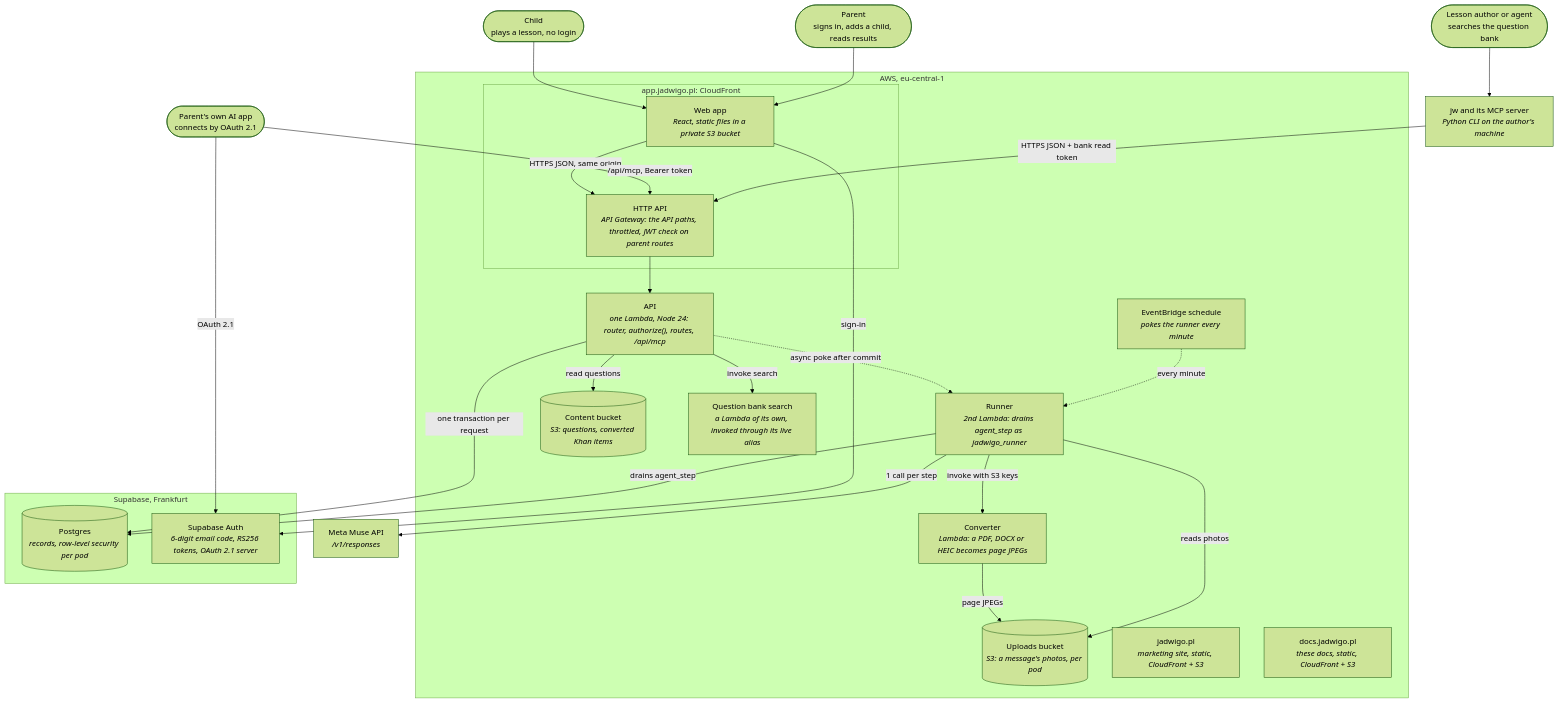
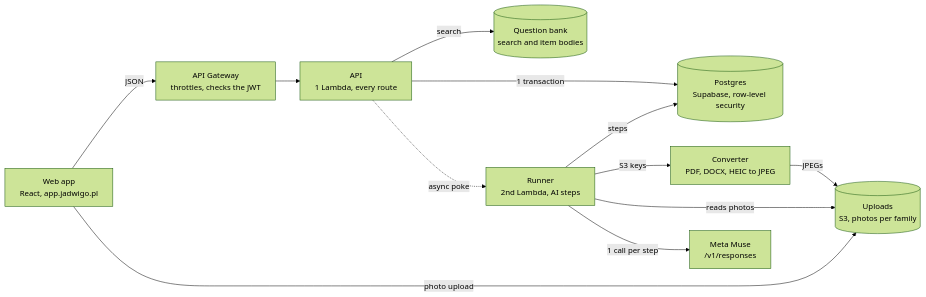
Before and after one commit to vasyl-stanislavchuk/jadwigo-hackathon: the diagram in apps/docs/src/lib/diagrams/containers.mmd, drawn with Mermaid (forest theme). The commit also changed 69 other files, not shown here.

First line of the commit message:
dl-5ssh.90.53.20: architecture as a C4 ladder, every diagram redrawn in Medallion (#946)

```diff
--- a/apps/docs/src/lib/diagrams/containers.mmd
+++ b/apps/docs/src/lib/diagrams/containers.mmd
@@ -1,49 +1,21 @@
-flowchart TB
-  child(["Child<br/>plays a lesson, no login"])
-  parent(["Parent<br/>signs in, adds a child, reads results"])
-  aiapp(["Parent's own AI app<br/>connects by OAuth 2.1"])
-  agent(["Lesson author or agent<br/>searches the question bank"])
-
-  subgraph aws ["AWS, eu-central-1"]
-    subgraph appHost ["app.jadwigo.pl: CloudFront"]
-      web["Web app<br/><i>React, static files in a private S3 bucket</i>"]
-      gateway["HTTP API<br/><i>API Gateway: the API paths, throttled, JWT check on parent routes</i>"]
-    end
-    api["API<br/><i>one Lambda, Node 24: router, authorize(), routes, /api/mcp</i>"]
-    runner["Runner<br/><i>2nd Lambda: drains agent_step as jadwigo_runner</i>"]
-    schedule["EventBridge schedule<br/><i>pokes the runner every minute</i>"]
-    converter["Converter<br/><i>Lambda: a PDF, DOCX or HEIC becomes page JPEGs</i>"]
-    uploads[("Uploads bucket<br/><i>S3: a message's photos, per pod</i>")]
-    content[("Content bucket<br/><i>S3: questions, converted Khan items</i>")]
-    bankFn["Question bank search<br/><i>a Lambda of its own, invoked through its live alias</i>"]
-    site["jadwigo.pl<br/><i>marketing site, static, CloudFront + S3</i>"]
-    docs["docs.jadwigo.pl<br/><i>these docs, static, CloudFront + S3</i>"]
-  end
-
-  subgraph supabase ["Supabase, Frankfurt"]
-    db[("Postgres<br/><i>records, row-level security per pod</i>")]
-    auth["Supabase Auth<br/><i>6-digit email code, RS256 tokens, OAuth 2.1 server</i>"]
-  end
-
-  muse["Meta Muse API<br/><i>/v1/responses</i>"]
-  jw["jw and its MCP server<br/><i>Python CLI on the author's machine</i>"]
-
-  child --> web
-  parent --> web
-  web -- "HTTPS JSON, same origin" --> gateway
-  web -- "sign-in" --> auth
+flowchart LR
+  web["Web app<br/>React, app.jadwigo.pl"]
+  gateway["API Gateway<br/>throttles, checks the JWT"]
+  api["API<br/>1 Lambda, every route"]
+  bank[("Question bank<br/>search and item bodies")]
+  uploads[("Uploads<br/>S3, photos per family")]
+  converter["Converter<br/>PDF, DOCX, HEIC to JPEG"]
+  runner["Runner<br/>2nd Lambda, AI steps"]
+  db[("Postgres<br/>Supabase, row-level security")]
+  muse["Meta Muse<br/>/v1/responses"]
+  web -- JSON --> gateway
   gateway --> api
-  aiapp -- "/api/mcp, Bearer token" --> gateway
-  aiapp -- "OAuth 2.1" --> auth
-  api -- "one transaction per request" --> db
-  api -- "read questions" --> content
-  api -- "invoke search" --> bankFn
-  api -. "async poke after commit" .-> runner
-  schedule -. "every minute" .-> runner
-  runner -- "drains agent_step" --> db
-  runner -- "invoke with S3 keys" --> converter
-  converter -- "page JPEGs" --> uploads
+  api -- search --> bank
+  api -- "1 transaction" --> db
+  api -. "async poke" .-> runner
+  runner -- steps --> db
+  runner -- "S3 keys" --> converter
+  converter -- JPEGs --> uploads
   runner -- "reads photos" --> uploads
+  web -- "photo upload" --> uploads
   runner -- "1 call per step" --> muse
-  agent --> jw
-  jw -- "HTTPS JSON + bank read token" --> gateway
```
